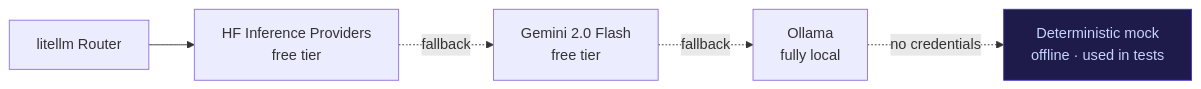
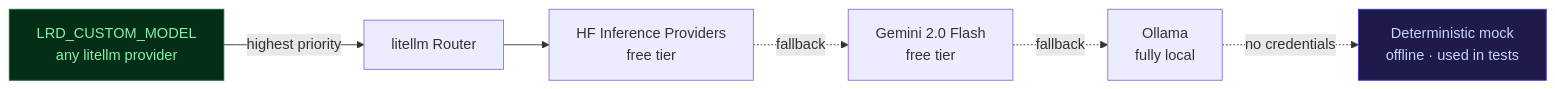
The second of 2 diagrams in README.md (adel-saoud/llm-regression-detector), drawn with Mermaid before and after one commit. The commit also changed other lines of this file and 11 other files, not shown here.

````diff
--- a/README.md
+++ b/README.md
@@ -76,9 +76,11 @@
 ```mermaid
 flowchart LR
-    R[litellm Router] --> HF[HF Inference Providers\nfree tier]
+    C[LRD_CUSTOM_MODEL\nany litellm provider] -->|highest priority| R[litellm Router]
+    R --> HF[HF Inference Providers\nfree tier]
     HF -. fallback .-> G[Gemini 2.0 Flash\nfree tier]
     G -. fallback .-> O[Ollama\nfully local]
     O -. no credentials .-> M[Deterministic mock\noffline · used in tests]
 
+    style C fill:#052e16,stroke:#166534,color:#86efac
     style M fill:#1e1b4b,stroke:#4338ca,color:#c7d2fe
 ```
````
